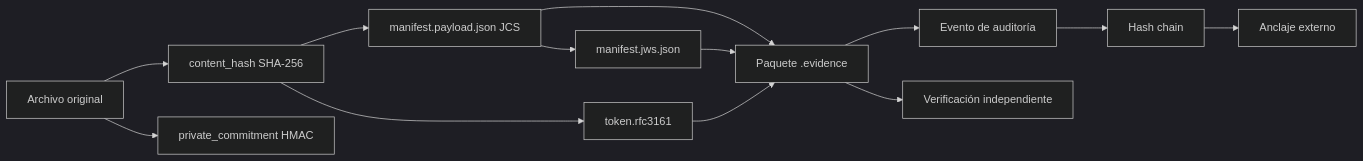
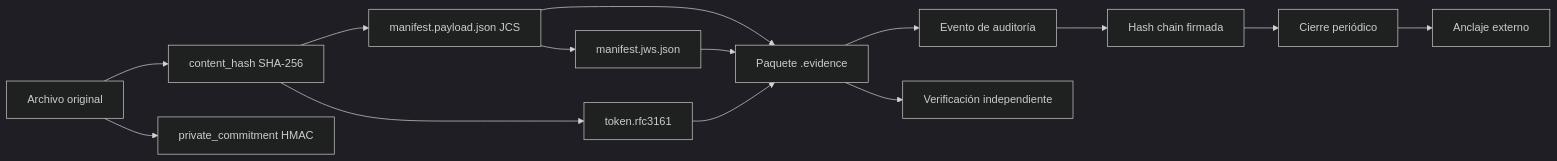
Before and after one commit to Marcorojas17/evidence-integrity-os-: the diagram in README.md, drawn with Mermaid (dark theme). The commit also changed other lines of this file, not shown here.

````diff
--- a/README.md
+++ b/README.md
@@ -149,15 +150,16 @@
 ```mermaid
 flowchart LR
     A[Archivo original] --> B[content_hash SHA-256]
     A --> C[private_commitment HMAC]
     B --> D[manifest.payload.json JCS]
     D --> E[manifest.jws.json]
     B --> F[token.rfc3161]
     D --> G[Paquete .evidence]
     E --> G
     F --> G
     G --> H[Evento de auditoría]
-    H --> I[Hash chain]
-    I --> J[Anclaje externo]
-    G --> K[Verificación independiente]
+    H --> I[Hash chain firmada]
+    I --> J[Cierre periódico]
+    J --> K[Anclaje externo]
+    G --> L[Verificación independiente]
 ```
````
